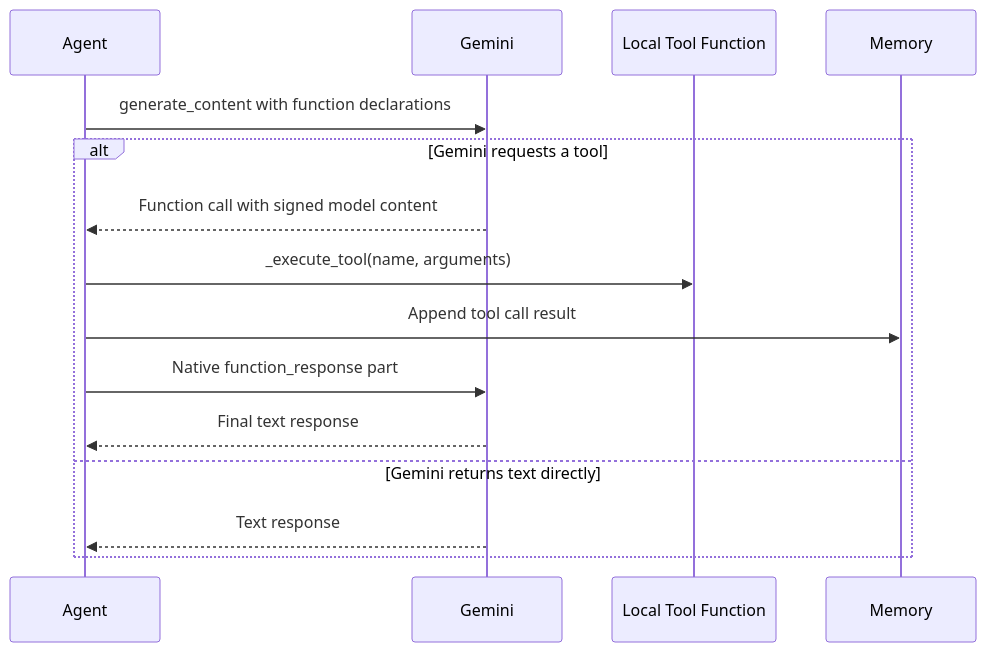
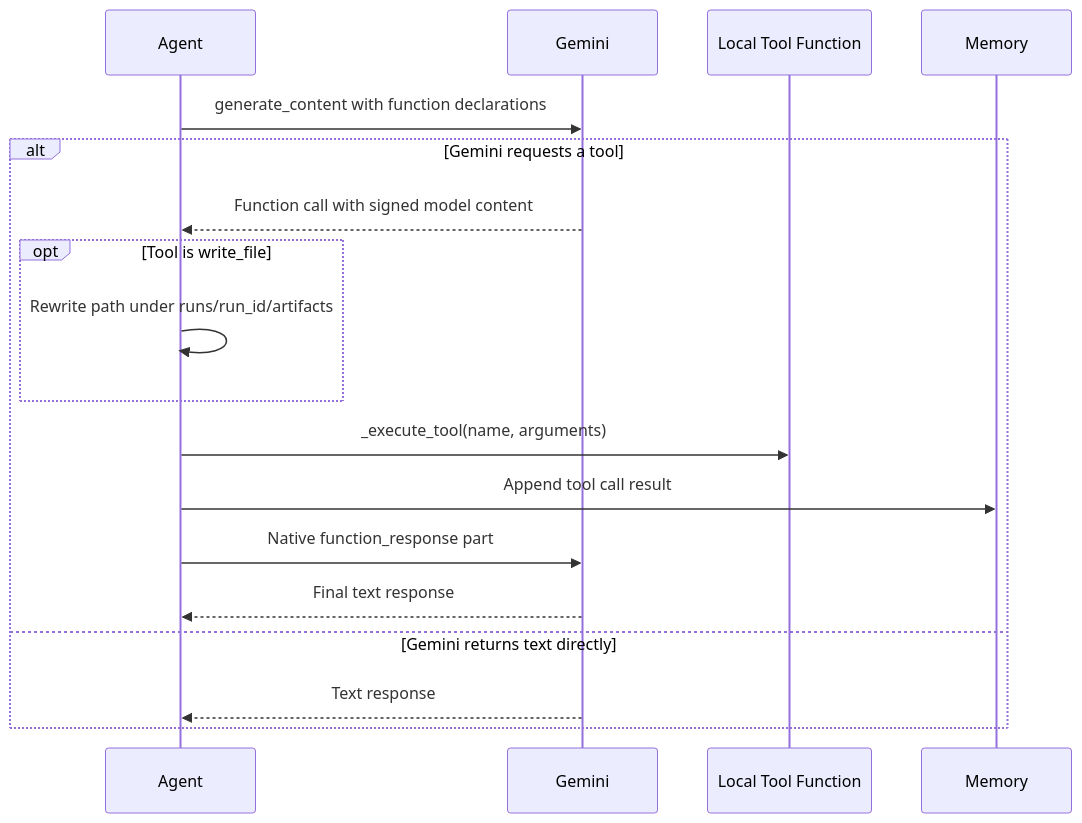
One commit to yessaravanan/gemini-research-agent changed the fourth of 7 diagrams in docs/04-workflows.md. Above: the diagram before and after it, drawn with Mermaid. The commit also changed other lines of this file and 19 other files, not shown here.

````diff
--- a/docs/04-workflows.md
+++ b/docs/04-workflows.md
@@ -111,18 +126,21 @@
 ```mermaid
 sequenceDiagram
     participant Agent
     participant Gemini
     participant Tool as Local Tool Function
     participant Memory
 
     Agent->>Gemini: generate_content with function declarations
     alt Gemini requests a tool
         Gemini-->>Agent: Function call with signed model content
+        opt Tool is write_file
+            Agent->>Agent: Rewrite path under runs/run_id/artifacts
+        end
         Agent->>Tool: _execute_tool(name, arguments)
         Agent->>Memory: Append tool call result
         Agent->>Gemini: Native function_response part
         Gemini-->>Agent: Final text response
     else Gemini returns text directly
         Gemini-->>Agent: Text response
     end
 ```
````
